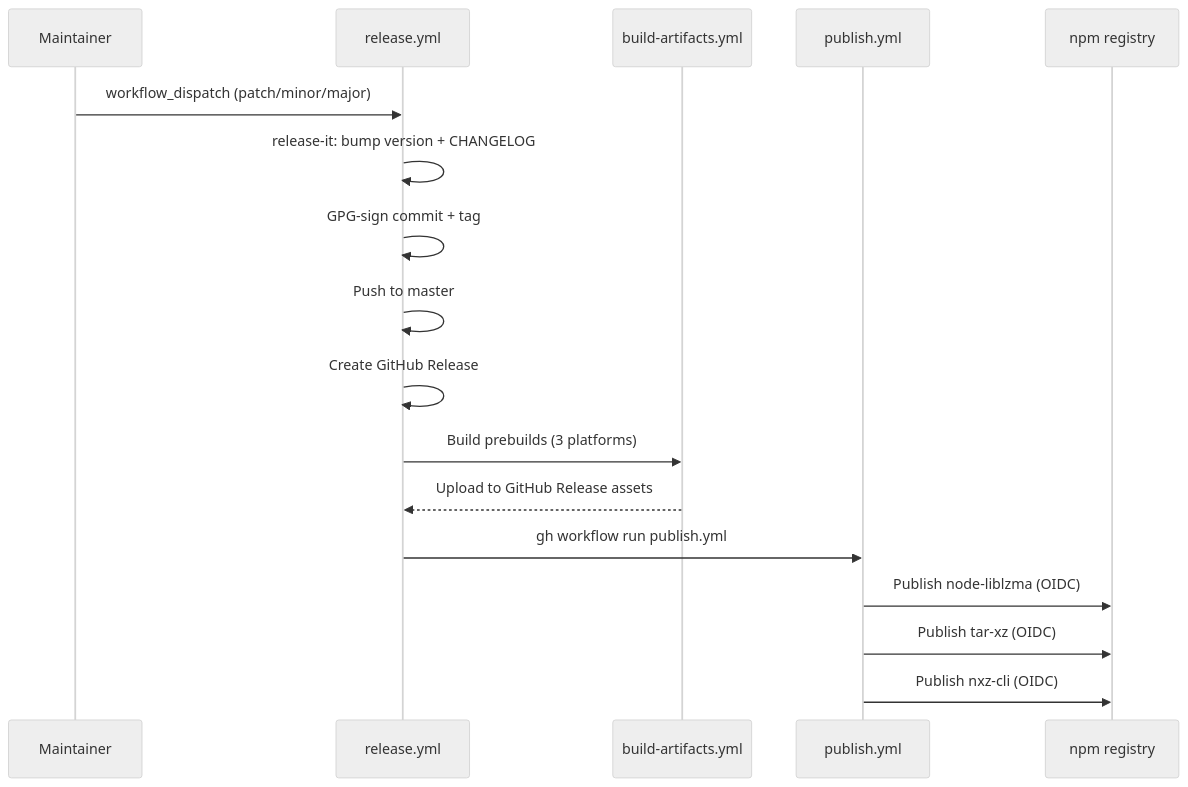
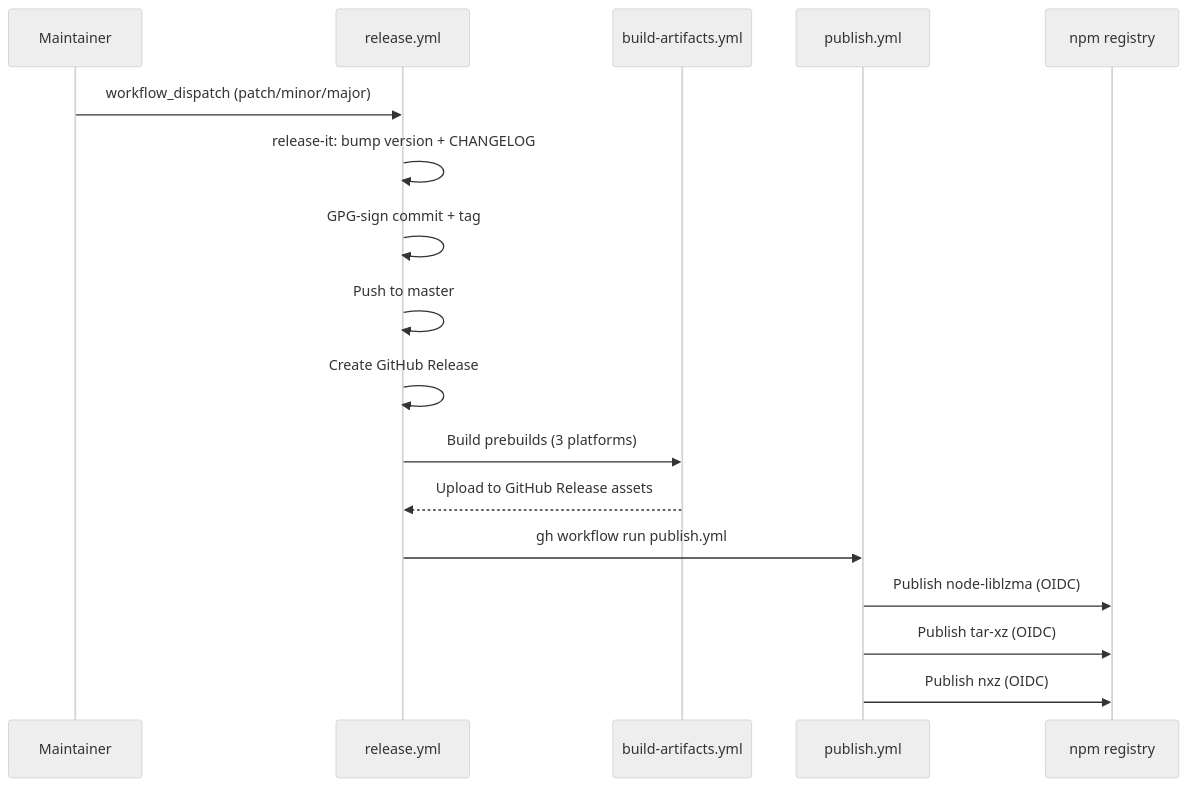
Before and after one commit to oorabona/node-liblzma: the second of 2 diagrams in docs/RELEASING.md, drawn with Mermaid (neutral theme). The commit also changed other lines of this file and 12 other files, not shown here.

First line of the commit message:
refactor(nxz)!: rename nxz-cli to nxz and bump to 7.0.0 (#134)

````diff
--- a/docs/RELEASING.md
+++ b/docs/RELEASING.md
@@ -34,20 +34,20 @@
 ```mermaid
 sequenceDiagram
     participant M as Maintainer
     participant R as release.yml
     participant BA as build-artifacts.yml
     participant P as publish.yml
     participant NPM as npm registry
 
     M->>R: workflow_dispatch (patch/minor/major)
     R->>R: release-it: bump version + CHANGELOG
     R->>R: GPG-sign commit + tag
     R->>R: Push to master
     R->>R: Create GitHub Release
     R->>BA: Build prebuilds (3 platforms)
     BA-->>R: Upload to GitHub Release assets
     R->>P: gh workflow run publish.yml
     P->>NPM: Publish node-liblzma (OIDC)
     P->>NPM: Publish tar-xz (OIDC)
-    P->>NPM: Publish nxz-cli (OIDC)
+    P->>NPM: Publish nxz (OIDC)
 ```
````
